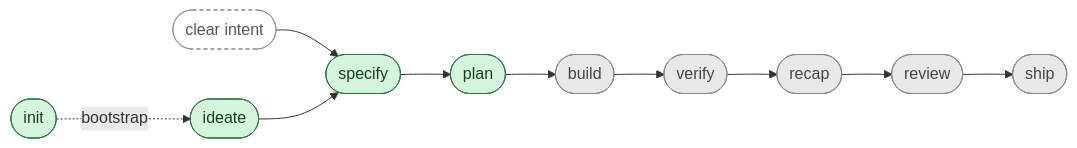
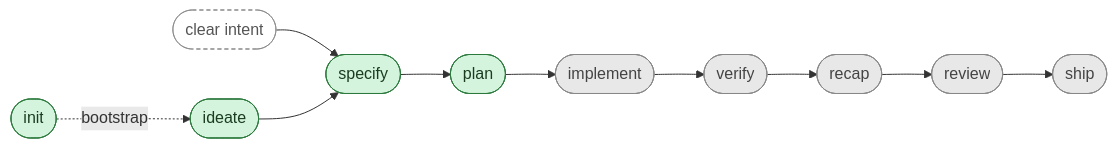
Before and after one commit to specscore/specstudio-skills: the diagram in skills/README.md, drawn with Mermaid. The commit also changed other lines of this file and 16 other files, not shown here.

````diff
--- a/skills/README.md
+++ b/skills/README.md
@@ -9,12 +9,12 @@
 ```mermaid
 flowchart LR
     init([init]):::shipped -.bootstrap.-> ideate
     intent([clear intent]):::input
     intent --> specify
-    ideate([ideate]):::shipped --> specify([specify]):::shipped --> plan([plan]):::shipped --> build([build]):::roadmap --> verify([verify]):::roadmap --> recap([recap]):::roadmap --> review([review]):::roadmap --> ship([ship]):::roadmap
+    ideate([ideate]):::shipped --> specify([specify]):::shipped --> plan([plan]):::shipped --> implement([implement]):::roadmap --> verify([verify]):::roadmap --> recap([recap]):::roadmap --> review([review]):::roadmap --> ship([ship]):::roadmap
 
     classDef shipped fill:#d4f4dd,stroke:#2d7a3e,color:#1a3d1f
     classDef defined fill:#fff4cc,stroke:#a07a00,color:#3d3000
     classDef roadmap fill:#e8e8e8,stroke:#888,color:#444
     classDef input fill:none,stroke:#888,stroke-dasharray:4 3,color:#555
 ```
````
